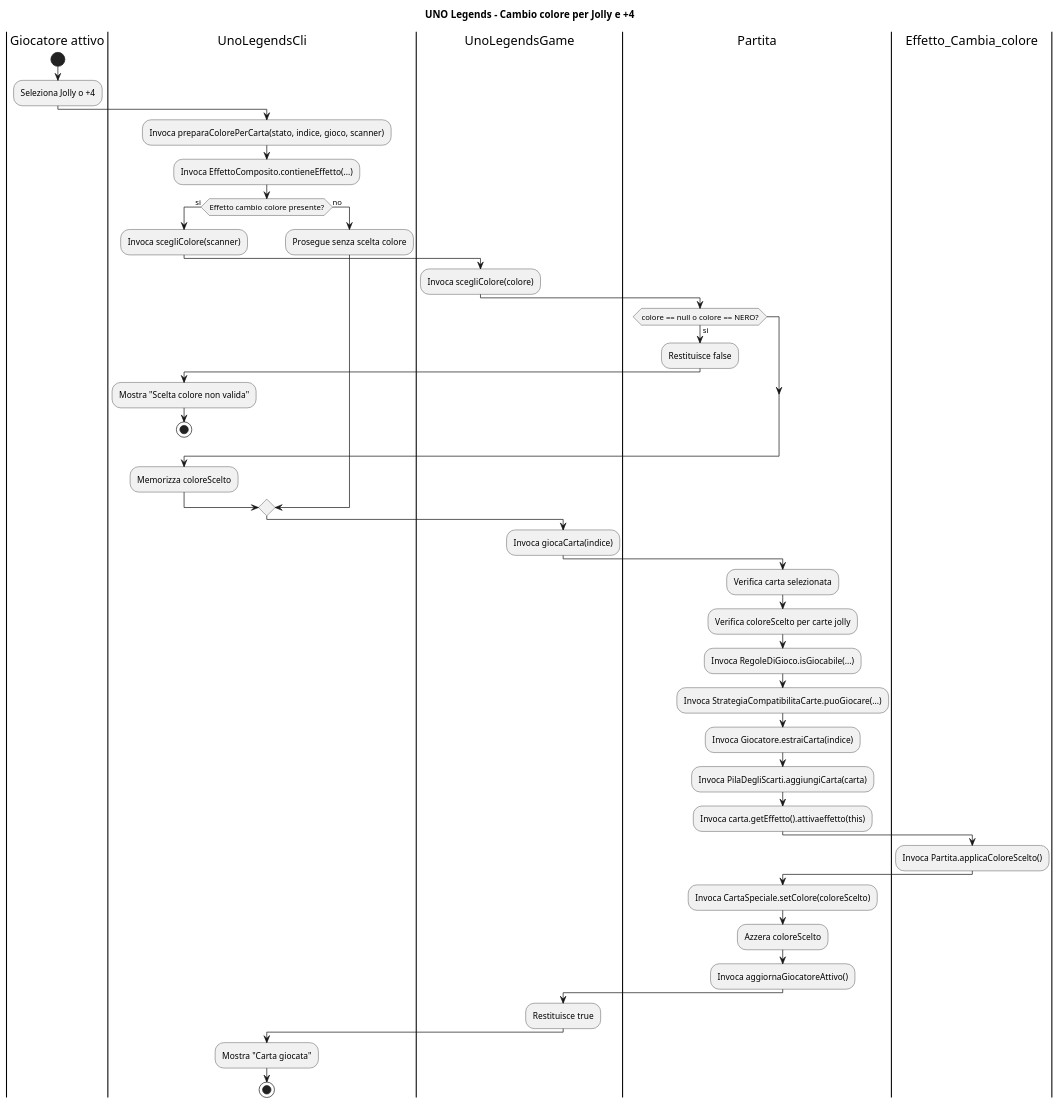
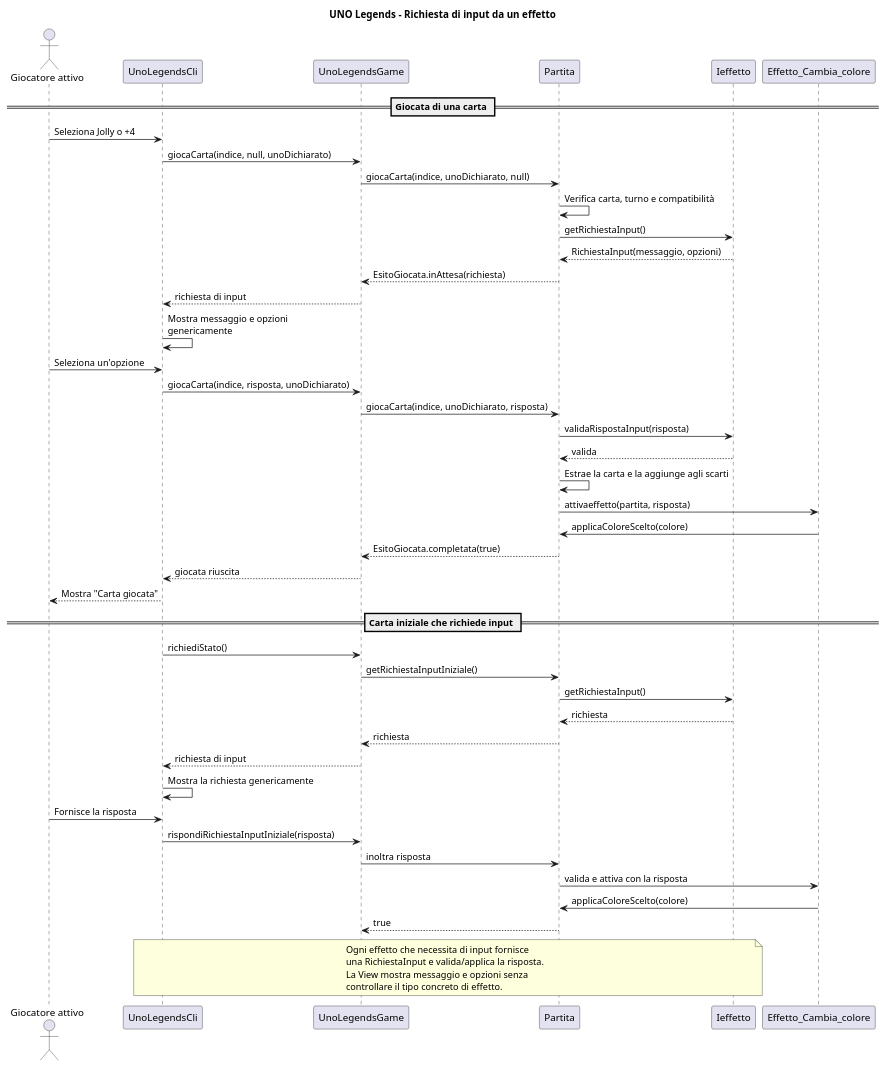
The diagram in Codice/docs/flusso_cambio_colore_jolly.puml (Frozzo/SoftwareEngineering), drawn with PlantUML before and after one commit. The commit also changed 27 other files, not shown here.

Commit message:
aggiumto effetti scalabili con aggiunta di classi d ausilio e modifica file di documentazione fra i quali domain_class_diagram.puml e gioca_turno.puml Nota il commit precedente ha effetti trattati in modo individuale magari è piu semplice il diagramma di quella verisone, rimosso anche stato turno

```diff
--- a/Codice/docs/flusso_cambio_colore_jolly.puml
+++ b/Codice/docs/flusso_cambio_colore_jolly.puml
@@ -1,56 +1,54 @@
 @startuml
-title UNO Legends - Cambio colore per Jolly e +4
+title UNO Legends - Richiesta di input da un effetto
 
-|Giocatore attivo|
-start
-:Seleziona Jolly o +4;
+actor "Giocatore attivo" as Giocatore
+participant UnoLegendsCli as View
+participant UnoLegendsGame as Controller
+participant Partita
+participant Ieffetto
+participant Effetto_Cambia_colore as Effetto
 
-|UnoLegendsCli|
-:Invoca preparaColorePerCarta(stato, indice, gioco, scanner);
-:Invoca EffettoComposito.contieneEffetto(...);
+== Giocata di una carta ==
+Giocatore -> View : Seleziona Jolly o +4
+View -> Controller : giocaCarta(indice, null, unoDichiarato)
+Controller -> Partita : giocaCarta(indice, unoDichiarato, null)
+Partita -> Partita : Verifica carta, turno e compatibilità
+Partita -> Ieffetto : getRichiestaInput()
+Ieffetto --> Partita : RichiestaInput(messaggio, opzioni)
+Partita --> Controller : EsitoGiocata.inAttesa(richiesta)
+Controller --> View : richiesta di input
+View -> View : Mostra messaggio e opzioni\ngenericamente
+Giocatore -> View : Seleziona un'opzione
+View -> Controller : giocaCarta(indice, risposta, unoDichiarato)
+Controller -> Partita : giocaCarta(indice, unoDichiarato, risposta)
+Partita -> Ieffetto : validaRispostaInput(risposta)
+Ieffetto --> Partita : valida
+Partita -> Partita : Estrae la carta e la aggiunge agli scarti
+Partita -> Effetto : attivaeffetto(partita, risposta)
+Effetto -> Partita : applicaColoreScelto(colore)
+Partita --> Controller : EsitoGiocata.completata(true)
+Controller --> View : giocata riuscita
+View --> Giocatore : Mostra "Carta giocata"
 
-if (Effetto cambio colore presente?) then (si)
-  :Invoca scegliColore(scanner);
+== Carta iniziale che richiede input ==
+View -> Controller : richiediStato()
+Controller -> Partita : getRichiestaInputIniziale()
+Partita -> Ieffetto : getRichiestaInput()
+Ieffetto --> Partita : richiesta
+Partita --> Controller : richiesta
+Controller --> View : richiesta di input
+View -> View : Mostra la richiesta genericamente
+Giocatore -> View : Fornisce la risposta
+View -> Controller : rispondiRichiestaInputIniziale(risposta)
+Controller -> Partita : inoltra risposta
+Partita -> Effetto : valida e attiva con la risposta
+Effetto -> Partita : applicaColoreScelto(colore)
+Partita --> Controller : true
 
-  |UnoLegendsGame|
-  :Invoca scegliColore(colore);
-
-  |Partita|
-  if (colore == null o colore == NERO?) then (si)
-    :Restituisce false;
-    |UnoLegendsCli|
-    :Mostra "Scelta colore non valida";
-    stop
-  endif
-  :Memorizza coloreScelto;
-else (no)
-  :Prosegue senza scelta colore;
-endif
-
-|UnoLegendsGame|
-:Invoca giocaCarta(indice);
-
-|Partita|
-:Verifica carta selezionata;
-:Verifica coloreScelto per carte jolly;
-:Invoca RegoleDiGioco.isGiocabile(...);
-:Invoca StrategiaCompatibilitaCarte.puoGiocare(...);
-:Invoca Giocatore.estraiCarta(indice);
-:Invoca PilaDegliScarti.aggiungiCarta(carta);
-:Invoca carta.getEffetto().attivaeffetto(this);
-
-|Effetto_Cambia_colore|
-:Invoca Partita.applicaColoreScelto();
-
-|Partita|
-:Invoca CartaSpeciale.setColore(coloreScelto);
-:Azzera coloreScelto;
-:Invoca aggiornaGiocatoreAttivo();
-
-|UnoLegendsGame|
-:Restituisce true;
-
-|UnoLegendsCli|
-:Mostra "Carta giocata";
-stop
+note over Ieffetto, View
+  Ogni effetto che necessita di input fornisce
+  una RichiestaInput e valida/applica la risposta.
+  La View mostra messaggio e opzioni senza
+  controllare il tipo concreto di effetto.
+end note
 @enduml
```
